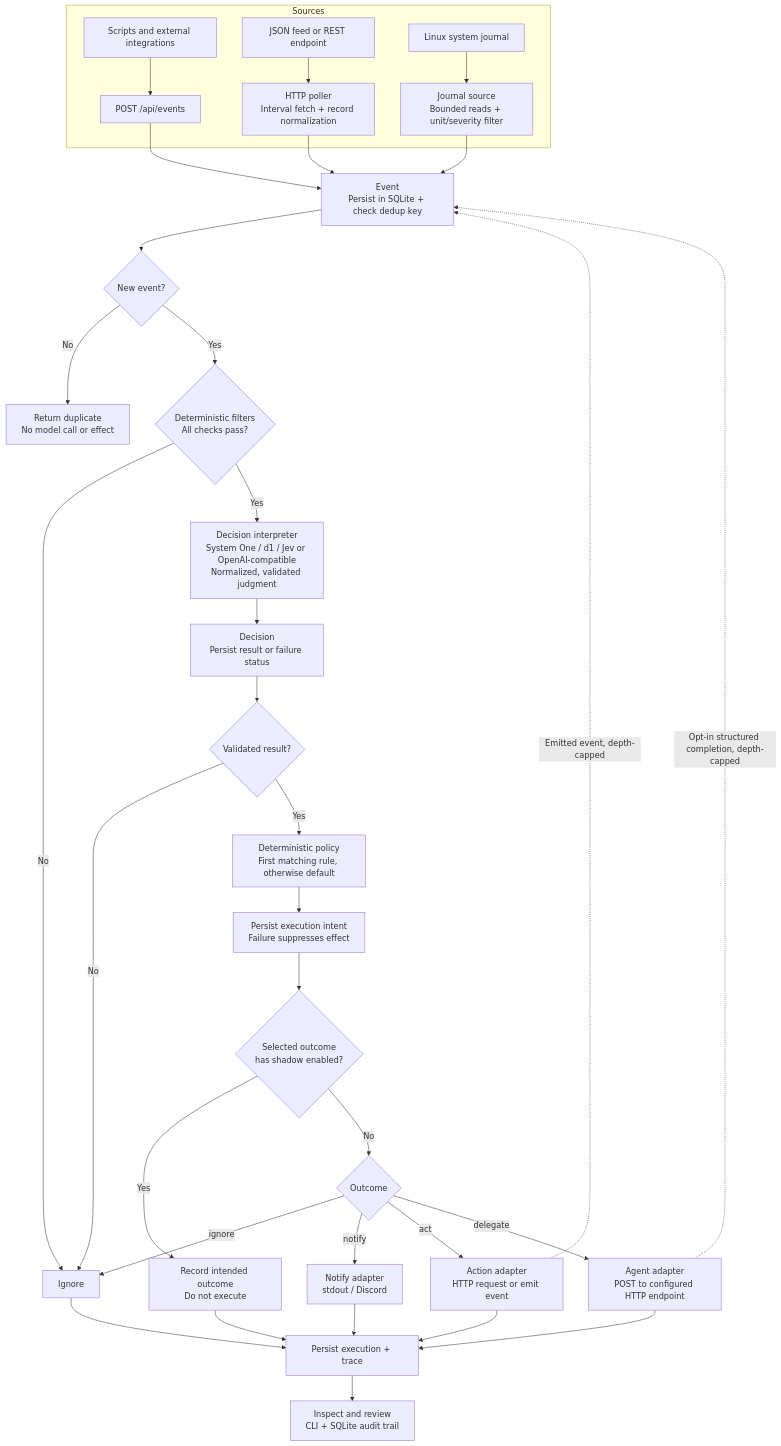
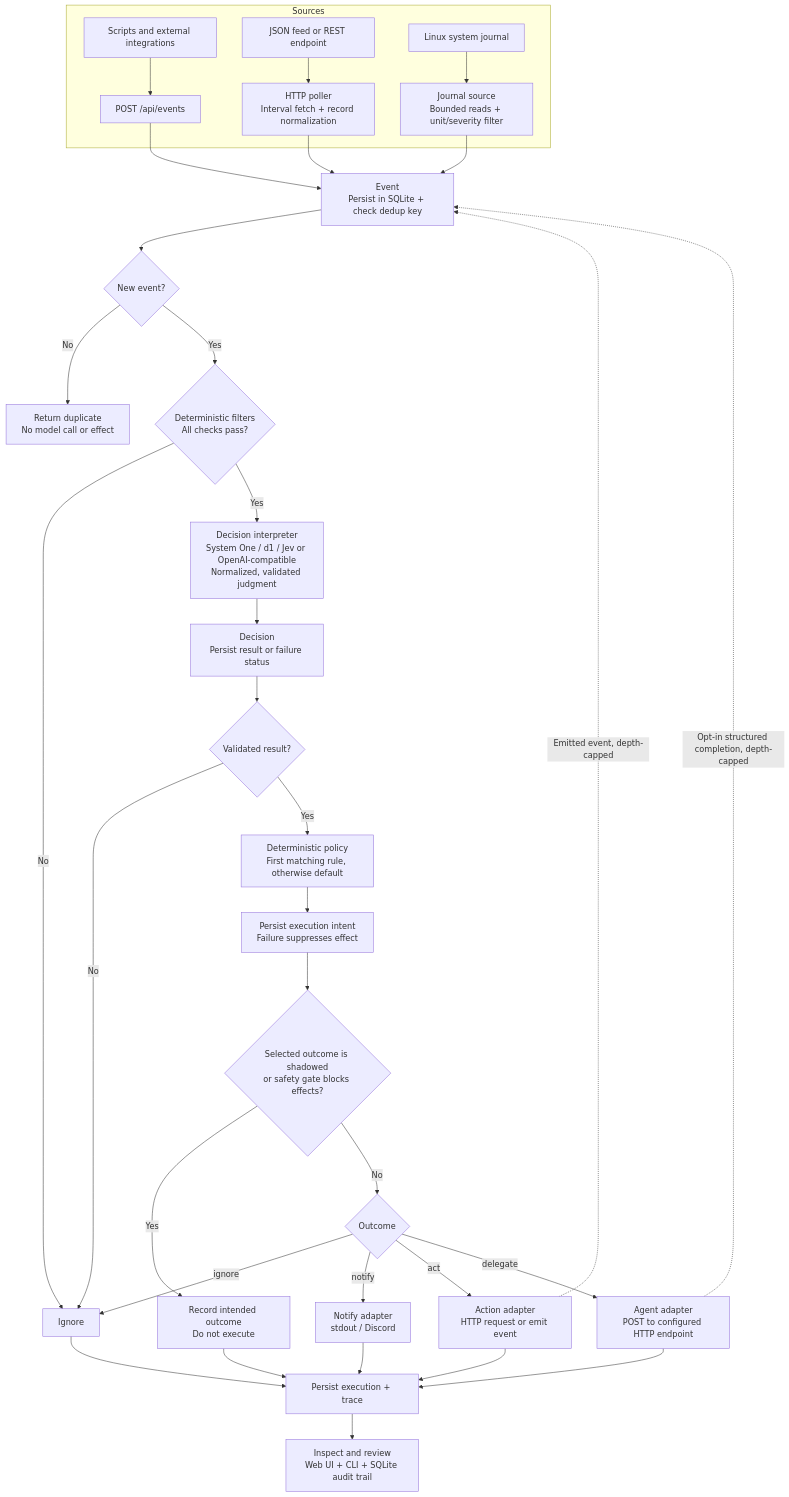
Before and after one commit to heath0xFF/mrmr: the diagram in README.md, drawn with Mermaid. The commit also changed other lines of this file and 48 other files, not shown here.

````diff
--- a/README.md
+++ b/README.md
@@ -29,39 +33,39 @@
 ```mermaid
 flowchart TD
     subgraph sources[Sources]
         External["Scripts and external integrations"] --> API["POST /api/events"]
         Feed["JSON feed or REST endpoint"] --> Poll["HTTP poller<br/>Interval fetch + record normalization"]
         Journal["Linux system journal"] --> JournalSource["Journal source<br/>Bounded reads + unit/severity filter"]
     end
 
     API --> Event["Event<br/>Persist in SQLite + check dedup key"]
     Poll --> Event
     JournalSource --> Event
     Event --> Fresh{"New event?"}
     Fresh -->|No| Duplicate["Return duplicate<br/>No model call or effect"]
     Fresh -->|Yes| Filter{"Deterministic filters<br/>All checks pass?"}
     Filter -->|No| Ignore["Ignore"]
     Filter -->|Yes| Interpret["Decision interpreter<br/>System One / d1 / Jev or OpenAI-compatible<br/>Normalized, validated judgment"]
     Interpret --> Decision["Decision<br/>Persist result or failure status"]
     Decision --> Valid{"Validated result?"}
     Valid -->|No| Ignore
     Valid -->|Yes| Policy["Deterministic policy<br/>First matching rule, otherwise default"]
     Policy --> Intent["Persist execution intent<br/>Failure suppresses effect"]
-    Intent --> Shadow{"Selected outcome<br/>has shadow enabled?"}
+    Intent --> Shadow{"Selected outcome is shadowed<br/>or safety gate blocks effects?"}
     Shadow -->|Yes| Suppress["Record intended outcome<br/>Do not execute"]
     Shadow -->|No| Outcome{"Outcome"}
 
     Outcome -->|ignore| Ignore
     Outcome -->|notify| Notify["Notify adapter<br/>stdout / Discord"]
     Outcome -->|act| Act["Action adapter<br/>HTTP request or emit event"]
     Outcome -->|delegate| Delegate["Agent adapter<br/>POST to configured HTTP endpoint"]
     Act -.->|Emitted event, depth-capped| Event
     Delegate -.->|Opt-in structured completion, depth-capped| Event
 
     Ignore --> Record["Persist execution + trace"]
     Notify --> Record
     Act --> Record
     Delegate --> Record
     Suppress --> Record
-    Record --> Inspect["Inspect and review<br/>CLI + SQLite audit trail"]
+    Record --> Inspect["Inspect and review<br/>Web UI + CLI + SQLite audit trail"]
 ```
````
